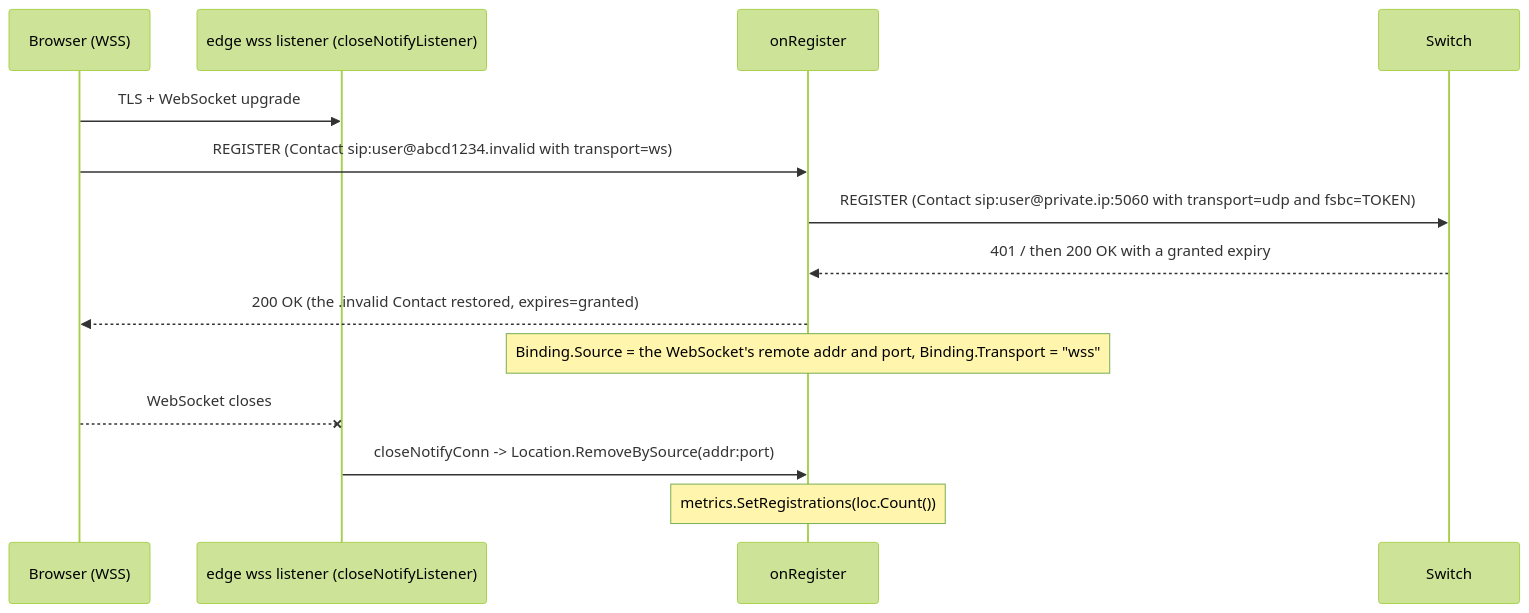
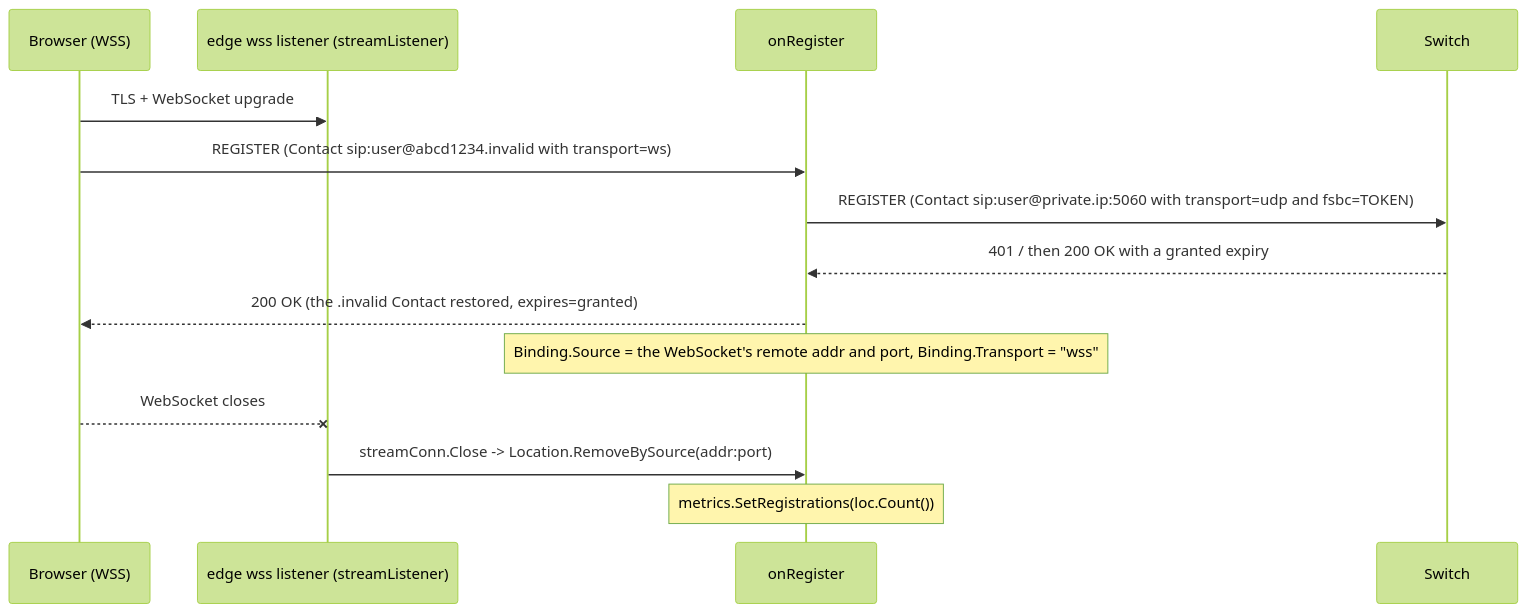
Diagram 11 of 18 in docs/design.md (rasonyang/freesbc), drawn with Mermaid (forest theme) before and after one commit. The commit also changed other lines of this file and 30 other files, not shown here.

Commit message:
edge: SIP over TCP and TLS for clients, with stream connection caps and timeouts

````diff
--- a/docs/design.md
+++ b/docs/design.md
@@ -2665,17 +2752,17 @@
 ```mermaid
 sequenceDiagram
     participant B as Browser (WSS)
-    participant L as edge wss listener (closeNotifyListener)
+    participant L as edge wss listener (streamListener)
     participant G as onRegister
     participant FS as Switch
 
     B->>L: TLS + WebSocket upgrade
     B->>G: REGISTER (Contact sip:user@abcd1234.invalid with transport=ws)
     G->>FS: REGISTER (Contact sip:user@private.ip:5060 with transport=udp and fsbc=TOKEN)
     FS-->>G: 401 / then 200 OK with a granted expiry
     G-->>B: 200 OK (the .invalid Contact restored, expires=granted)
     Note over G: Binding.Source = the WebSocket's remote addr and port, Binding.Transport = "wss"
     B--xL: WebSocket closes
-    L->>G: closeNotifyConn -> Location.RemoveBySource(addr:port)
+    L->>G: streamConn.Close -> Location.RemoveBySource(addr:port)
     Note over G: metrics.SetRegistrations(loc.Count())
 ```
````
